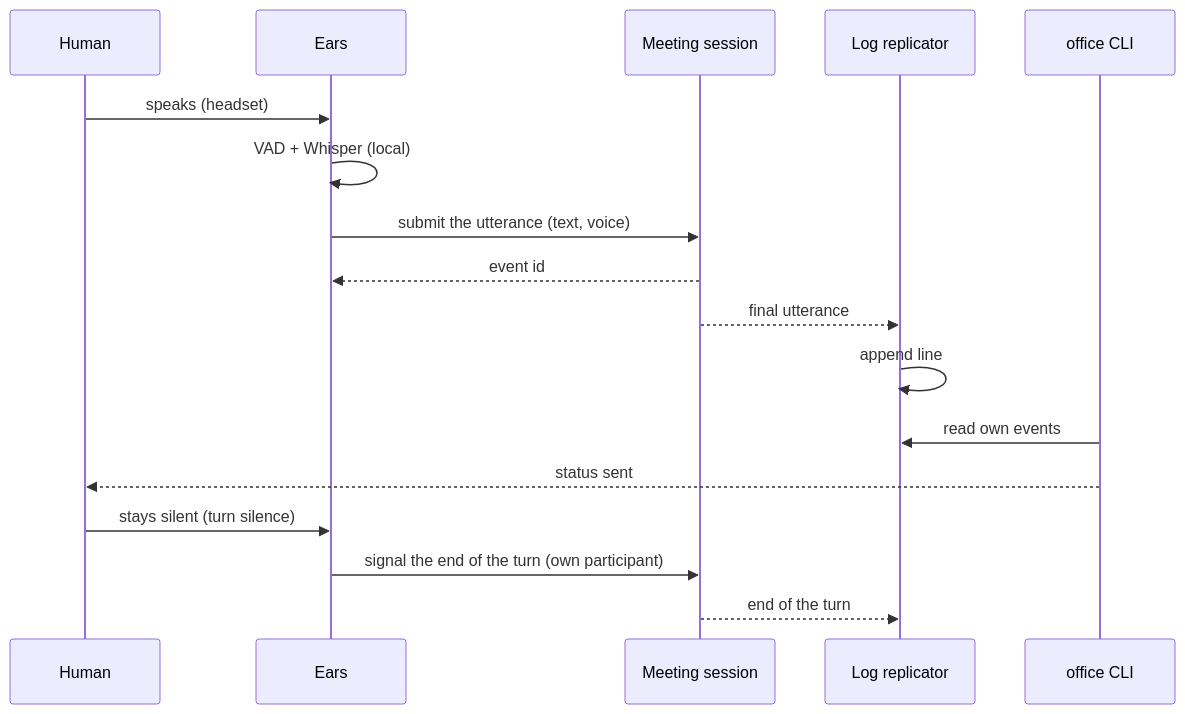
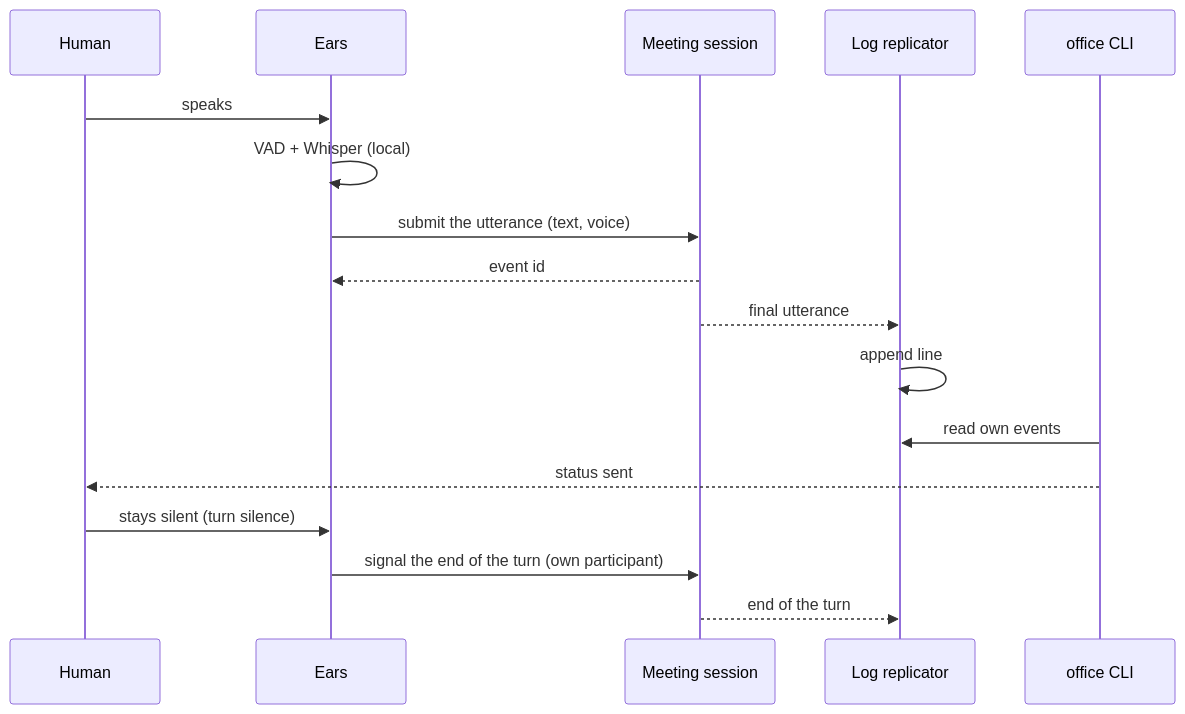
Before and after one commit to mrsimpson/agentic-office: the second of 24 diagrams in docs/architecture/06-runtime-view.arc42.md, drawn with Mermaid. The commit also changed other lines of this file and 50 other files, not shown here.

````diff
--- a/docs/architecture/06-runtime-view.arc42.md
+++ b/docs/architecture/06-runtime-view.arc42.md
@@ -68,19 +68,19 @@
 ```mermaid
 sequenceDiagram
     participant actor_human as Human
     participant bb_ears as Ears
     participant bb_session as Meeting session
     participant bb_replicator as Log replicator
     participant bb_cli as office CLI
-    actor_human->>bb_ears: speaks (headset)
+    actor_human->>bb_ears: speaks
     bb_ears->>bb_ears: VAD + Whisper (local)
     bb_ears->>bb_session: submit the utterance (text, voice)
     bb_session-->>bb_ears: event id
     bb_session-->>bb_replicator: final utterance
     bb_replicator->>bb_replicator: append line
     bb_cli->>bb_replicator: read own events
     bb_cli-->>actor_human: status sent
     actor_human->>bb_ears: stays silent (turn silence)
     bb_ears->>bb_session: signal the end of the turn (own participant)
     bb_session-->>bb_replicator: end of the turn
 ```
````
